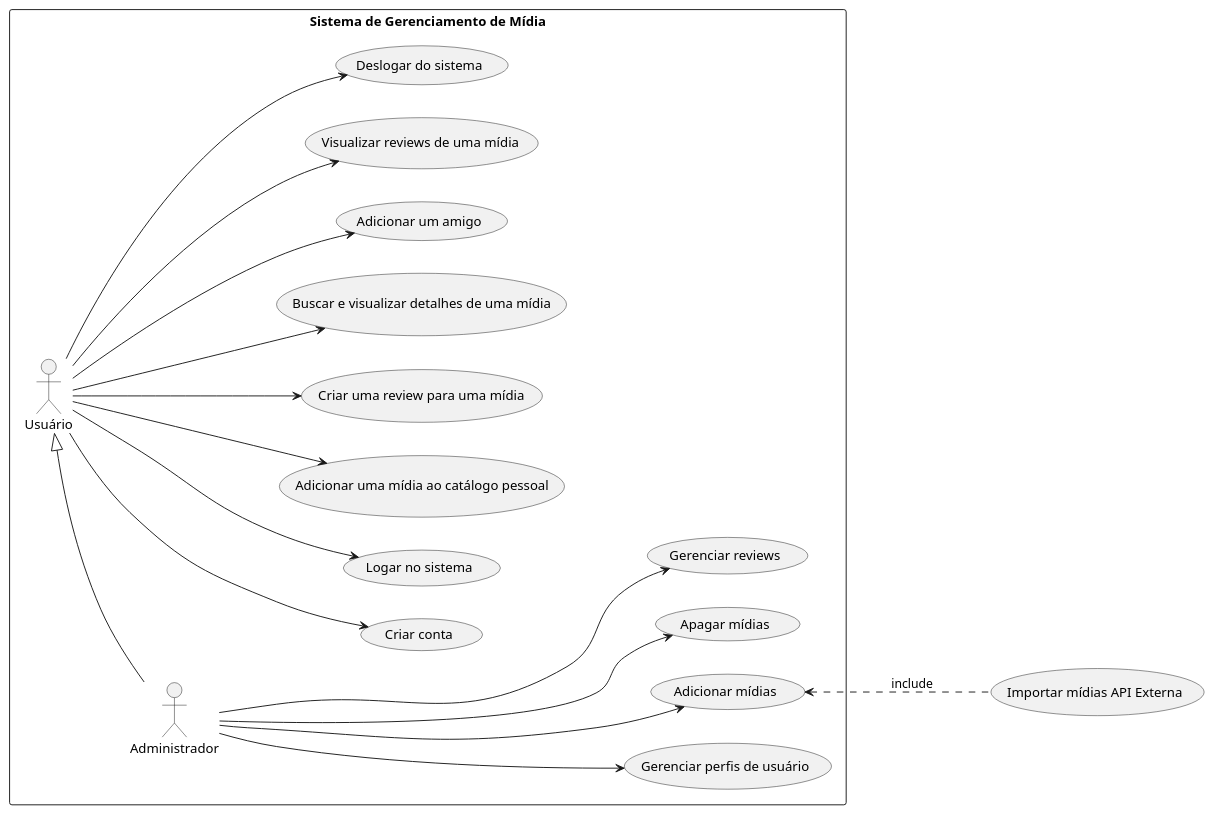
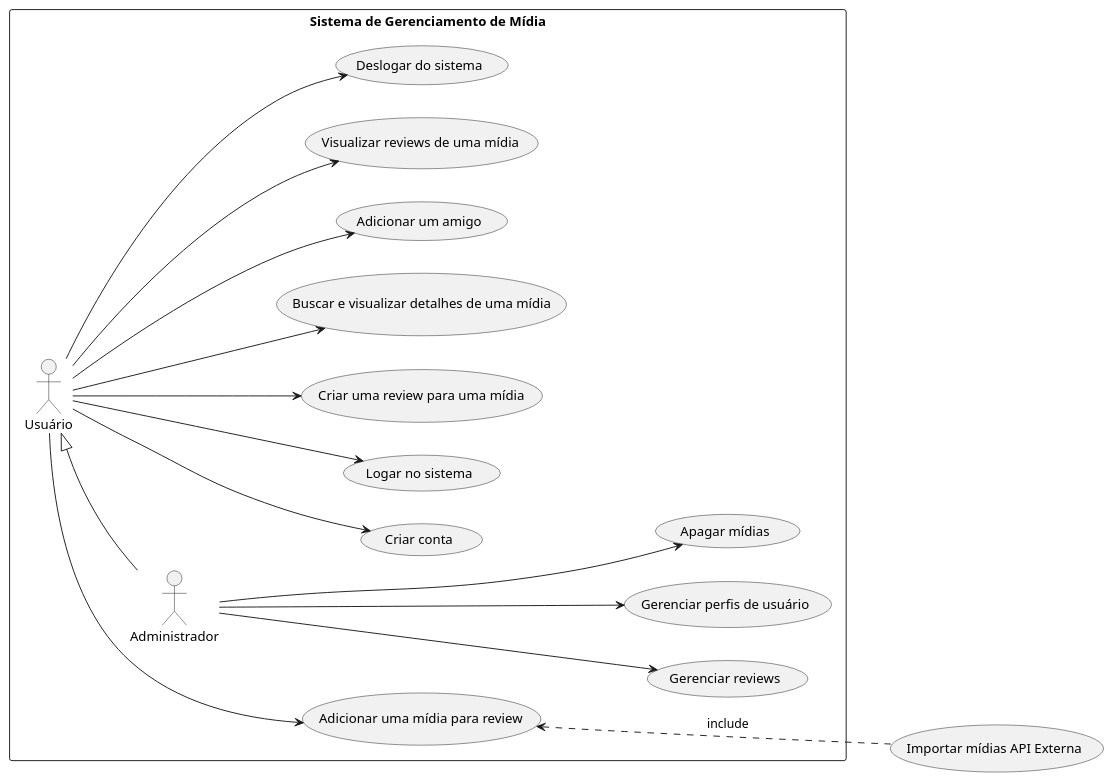
The diagram in casosDeUso.plantuml (rogerpcto/DevWebAvancado-UFF), drawn with PlantUML before and after one commit.

Commit message:
Atualiza casos de uso

```diff
--- a/casosDeUso.plantuml
+++ b/casosDeUso.plantuml
@@ -1,41 +1,39 @@
 @startuml useCases
 left to right direction
 
 
 rectangle "Sistema de Gerenciamento de Mídia" {
     actor "Usuário" as usuario
     actor "Administrador" as admin
     usecase "Criar conta" as UC1
     usecase "Logar no sistema" as UC2
-    usecase "Adicionar uma mídia ao catálogo pessoal" as UC3
+    usecase "Adicionar uma mídia para review" as UC3
     usecase "Criar uma review para uma mídia" as UC4
     usecase "Buscar e visualizar detalhes de uma mídia" as UC5
     usecase "Adicionar um amigo" as UC6
     usecase "Visualizar reviews de uma mídia" as UC7
     usecase "Deslogar do sistema" as UC8
     usecase "Gerenciar perfis de usuário" as UC9
-    usecase "Adicionar mídias" as UC10
-    usecase "Apagar mídias" as UC11
-    usecase "Gerenciar reviews" as UC12
+    usecase "Apagar mídias" as UC10
+    usecase "Gerenciar reviews" as UC11
 }
 
 usecase "Importar mídias API Externa" as UC13
 
 usuario ---> UC1
 usuario ---> UC2
 usuario ---> UC3
 usuario ---> UC4
 usuario ---> UC5
 usuario ---> UC6
 usuario ---> UC7
 usuario ---> UC8
 
 admin ---> UC9
 admin ---> UC10
 admin ---> UC11
-admin ---> UC12
 usuario <|-- admin
 
-UC10 <... UC13 : include
+UC3 <... UC13 : include
 
 @enduml
```
